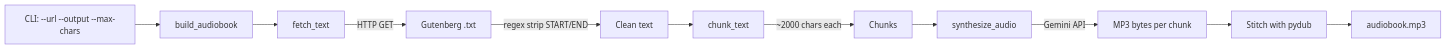
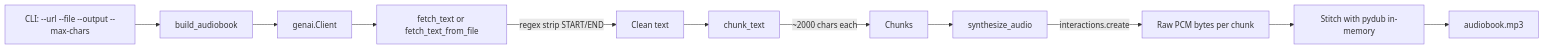
The diagram in plans/plan.md (Aldineyer/Aoidos), drawn with Mermaid before and after one commit. The commit also changed other lines of this file and 4 other files, not shown here.

````diff
--- a/plans/plan.md
+++ b/plans/plan.md
@@ -11,13 +11,13 @@
 ```mermaid
 flowchart LR
-    A[CLI: --url --output --max-chars] --> B[build_audiobook]
-    B --> C[fetch_text]
-    C -->|HTTP GET| D[Gutenberg .txt]
+    A[CLI: --url --file --output --max-chars] --> B[build_audiobook]
+    B --> C[genai.Client]
+    C --> D[fetch_text or fetch_text_from_file]
     D -->|regex strip START/END| E[Clean text]
     E --> F[chunk_text]
     F -->|~2000 chars each| G[Chunks]
     G --> H[synthesize_audio]
-    H -->|Gemini API| I[MP3 bytes per chunk]
-    I --> J[Stitch with pydub]
+    H -->|interactions.create| I[Raw PCM bytes per chunk]
+    I --> J[Stitch with pydub in-memory]
     J --> K[audiobook.mp3]
 ```
````
